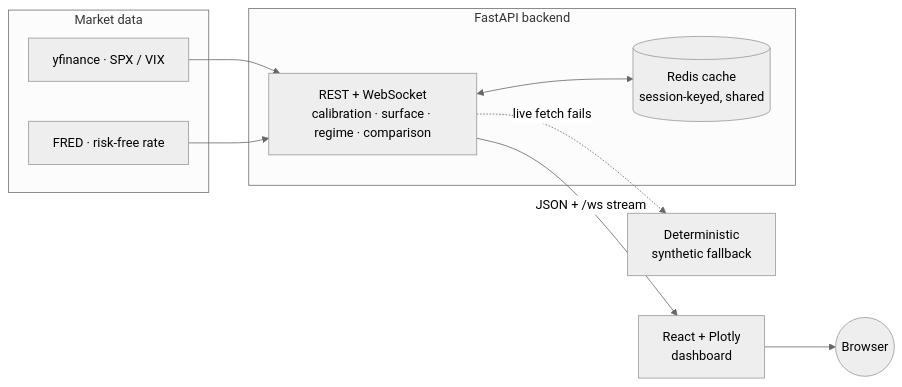
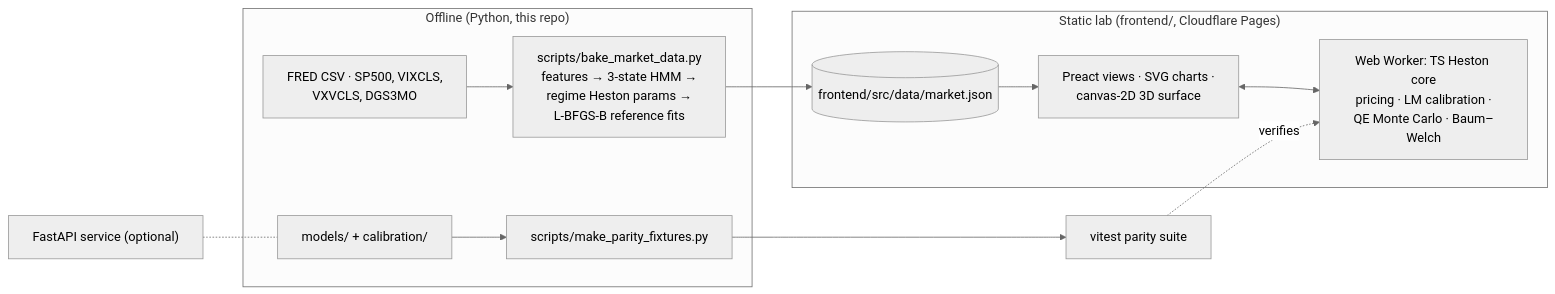
Before and after one commit to austxu/heston-regime-lab: the diagram in README.md, drawn with Mermaid (neutral theme). The commit also changed other lines of this file and 10 other files, not shown here.

First line of the commit message:
Document the static lab, add Pages headers, OG image and touch icon

````diff
--- a/README.md
+++ b/README.md
@@ -20,17 +19,15 @@
 ```mermaid
 flowchart LR
-  subgraph sources["Market data"]
-    yf["yfinance · SPX / VIX"]
-    fred["FRED · risk-free rate"]
+  subgraph offline["Offline (Python, this repo)"]
+    FRED["FRED CSV · SP500, VIXCLS,<br/>VXVCLS, DGS3MO"] --> BAKE["scripts/bake_market_data.py<br/>features → 3-state HMM →<br/>regime Heston params →<br/>L-BFGS-B reference fits"]
+    PY["models/ + calibration/"] --> FIX["scripts/make_parity_fixtures.py"]
   end
-  yf --> API
-  fred --> API
-  subgraph backend["FastAPI backend"]
-    API["REST + WebSocket<br/>calibration · surface · regime · comparison"]
-    REDIS[("Redis cache<br/>session-keyed, shared")]
-    API <--> REDIS
+  BAKE --> JSON[("frontend/src/data/market.json")]
+  FIX --> TESTS["vitest parity suite"]
+  subgraph browser["Static lab (frontend/, Cloudflare Pages)"]
+    JSON --> UI["Preact views · SVG charts ·<br/>canvas-2D 3D surface"]
+    UI <--> W["Web Worker: TS Heston core<br/>pricing · LM calibration ·<br/>QE Monte Carlo · Baum–Welch"]
   end
-  API -. "live fetch fails" .-> SYN["Deterministic<br/>synthetic fallback"]
-  API -->|"JSON + /ws stream"| FE["React + Plotly<br/>dashboard"]
-  FE --> USER((Browser))
+  TESTS -. verifies .-> W
+  API["FastAPI service (optional)"] -.- PY
 ```
````
